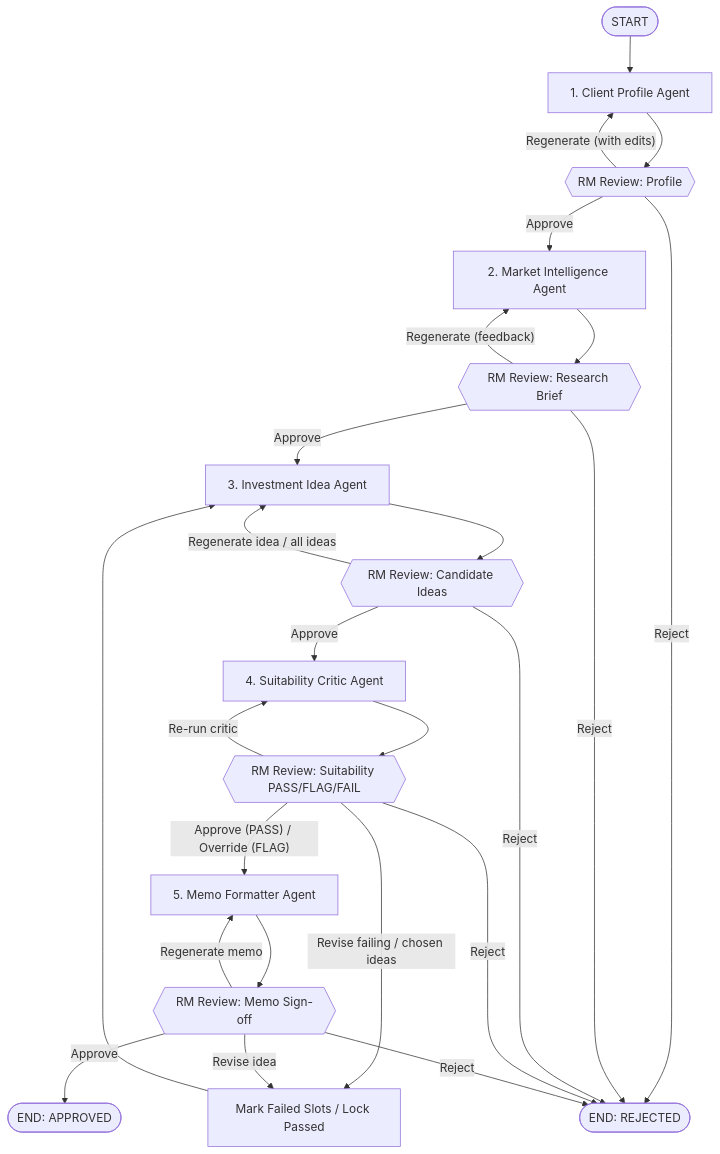
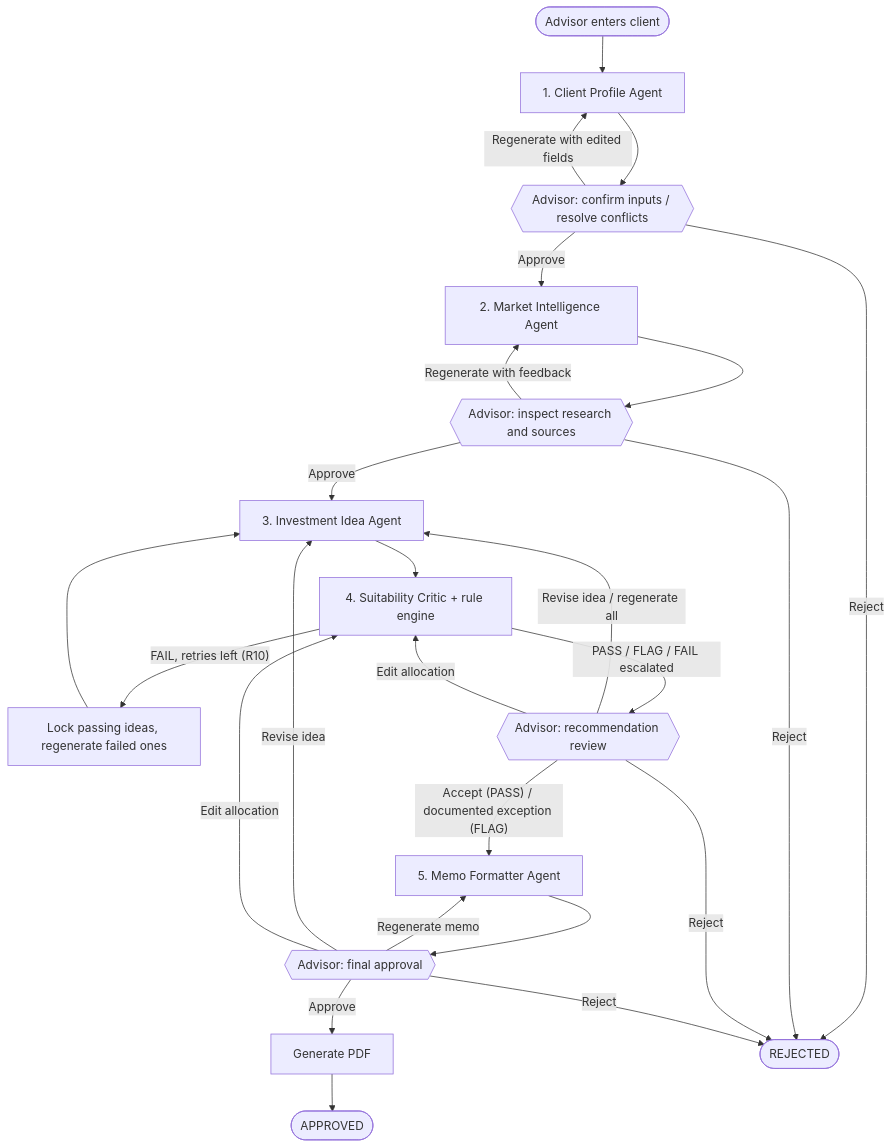
One commit to swarna2727/UBS-OneView changed the diagram in FA-Main/README.md. Above: the diagram before and after it, drawn with Mermaid. The commit also changed other lines of this file and 10 other files, not shown here.

````diff
--- a/FA-Main/README.md
+++ b/FA-Main/README.md
@@ -27,23 +19,23 @@
 ```mermaid
 flowchart TD
-    START([START]) --> CP[1. Client Profile Agent]
-    CP --> R1{{"RM Review: Profile"}}
-    R1 -->|"Regenerate (with edits)"| CP
+    START([Advisor enters client]) --> CP[1. Client Profile Agent]
+    CP --> R1{{"Advisor: confirm inputs / resolve conflicts"}}
+    R1 -->|"Regenerate with edited fields"| CP
     R1 -->|"Approve"| MI[2. Market Intelligence Agent]
-    MI --> R2{{"RM Review: Research Brief"}}
-    R2 -->|"Regenerate (feedback)"| MI
+    MI --> R2{{"Advisor: inspect research and sources"}}
+    R2 -->|"Regenerate with feedback"| MI
     R2 -->|"Approve"| IG[3. Investment Idea Agent]
-    IG --> R3{{"RM Review: Candidate Ideas"}}
-    R3 -->|"Regenerate idea / all ideas"| IG
-    R3 -->|"Approve"| SC[4. Suitability Critic Agent]
-    SC --> R4{{"RM Review: Suitability PASS/FLAG/FAIL"}}
-    R4 -->|"Re-run critic"| SC
-    R4 -->|"Revise failing / chosen ideas"| SEL[Mark Failed Slots / Lock Passed]
+    IG --> SC[4. Suitability Critic + rule engine]
+    SC -->|"FAIL, retries left (R10)"| SEL[Lock passing ideas, regenerate failed ones]
     SEL --> IG
-    R4 -->|"Approve (PASS) / Override (FLAG)"| MF[5. Memo Formatter Agent]
-    MF --> R5{{"RM Review: Memo Sign-off"}}
-    R5 -->|"Regenerate memo"| MF
-    R5 -->|"Revise idea"| SEL
-    R5 -->|"Approve"| END_SESSION([END: APPROVED])
-    R1 & R2 & R3 & R4 & R5 -->|"Reject"| REJ([END: REJECTED])
+    SC -->|"PASS / FLAG / FAIL escalated"| R3{{"Advisor: recommendation review"}}
+    R3 -->|"Revise idea / regenerate all"| IG
+    R3 -->|"Edit allocation"| SC
+    R3 -->|"Accept (PASS) / documented exception (FLAG)"| MF[5. Memo Formatter Agent]
+    MF --> R4{{"Advisor: final approval"}}
+    R4 -->|"Regenerate memo"| MF
+    R4 -->|"Revise idea"| IG
+    R4 -->|"Edit allocation"| SC
+    R4 -->|"Approve"| PDF[Generate PDF] --> DONE([APPROVED])
+    R1 & R2 & R3 & R4 -->|"Reject"| REJ([REJECTED])
 ```
````
